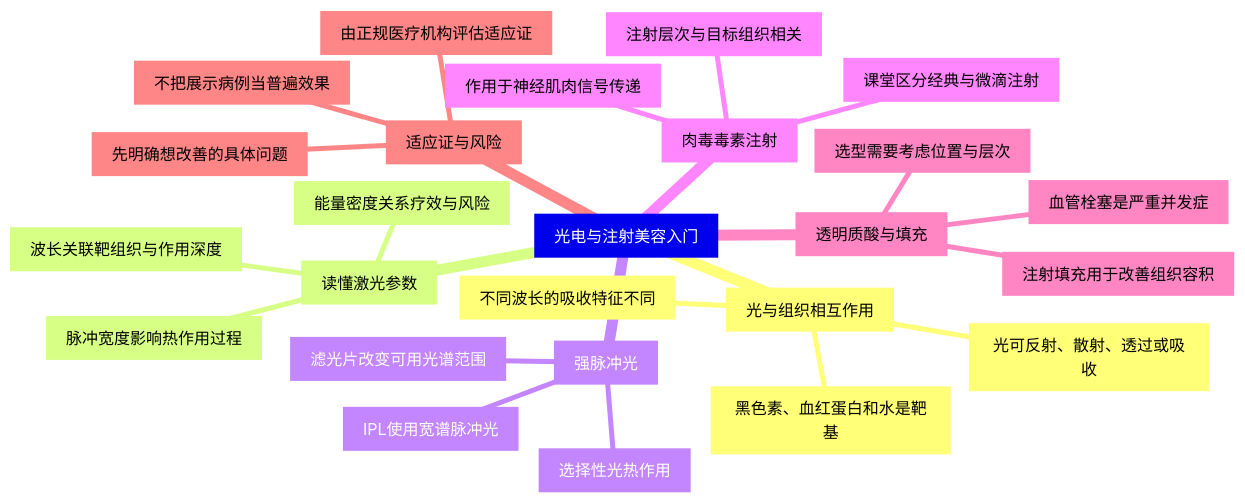
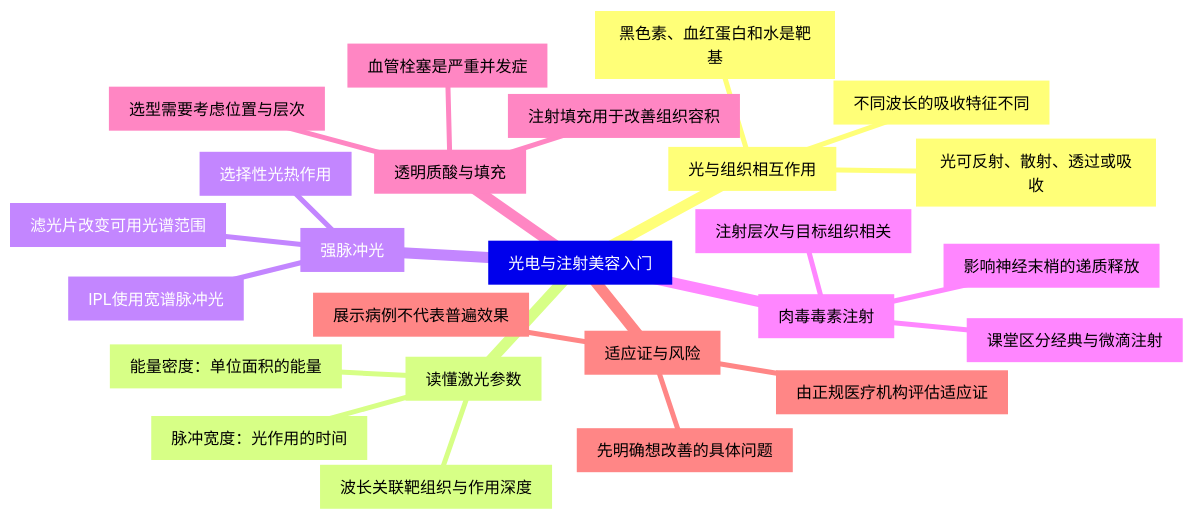
Before and after one commit to hanson2017ear/skin-barrier-skincare-course: the diagram in lessons/light-and-injection.mmd, drawn with Mermaid. The commit also changed 54 other files, not shown here.

Commit message:
Correct course chronology and teaching attribution; refine notes and diagrams

```diff
--- a/lessons/light-and-injection.mmd
+++ b/lessons/light-and-injection.mmd
@@ -1,26 +1,26 @@
 mindmap
   root["光电与注射美容入门"]
     b1["光与组织相互作用"]
       b1n1["光可反射、散射、透过或吸收"]
       b1n2["黑色素、血红蛋白和水是靶基"]
       b1n3["不同波长的吸收特征不同"]
     b2["读懂激光参数"]
       b2n1["波长关联靶组织与作用深度"]
-      b2n2["脉冲宽度影响热作用过程"]
-      b2n3["能量密度关系疗效与风险"]
+      b2n2["脉冲宽度：光作用的时间"]
+      b2n3["能量密度：单位面积的能量"]
     b3["强脉冲光"]
       b3n1["IPL使用宽谱脉冲光"]
       b3n2["滤光片改变可用光谱范围"]
       b3n3["选择性光热作用"]
     b4["肉毒毒素注射"]
-      b4n1["作用于神经肌肉信号传递"]
+      b4n1["影响神经末梢的递质释放"]
       b4n2["课堂区分经典与微滴注射"]
       b4n3["注射层次与目标组织相关"]
     b5["透明质酸与填充"]
       b5n1["注射填充用于改善组织容积"]
       b5n2["选型需要考虑位置与层次"]
       b5n3["血管栓塞是严重并发症"]
     b6["适应证与风险"]
       b6n1["先明确想改善的具体问题"]
       b6n2["由正规医疗机构评估适应证"]
-      b6n3["不把展示病例当普遍效果"]
+      b6n3["展示病例不代表普遍效果"]
```
